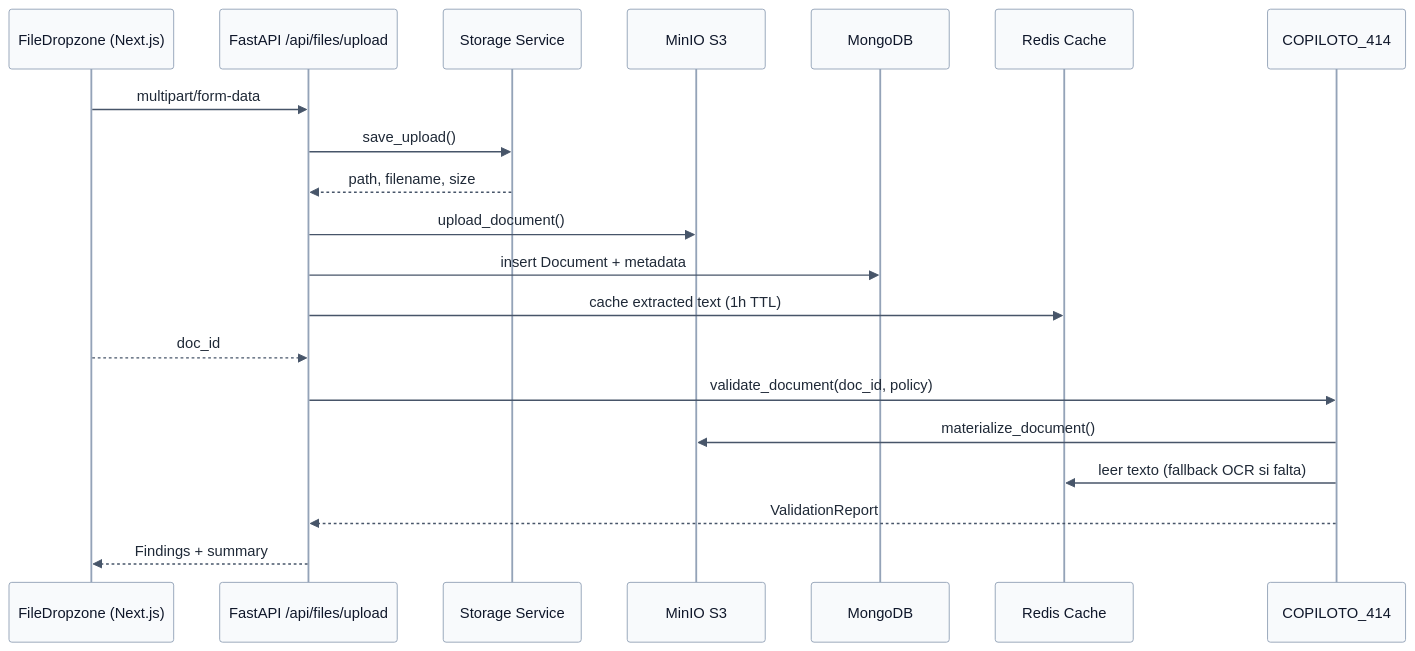
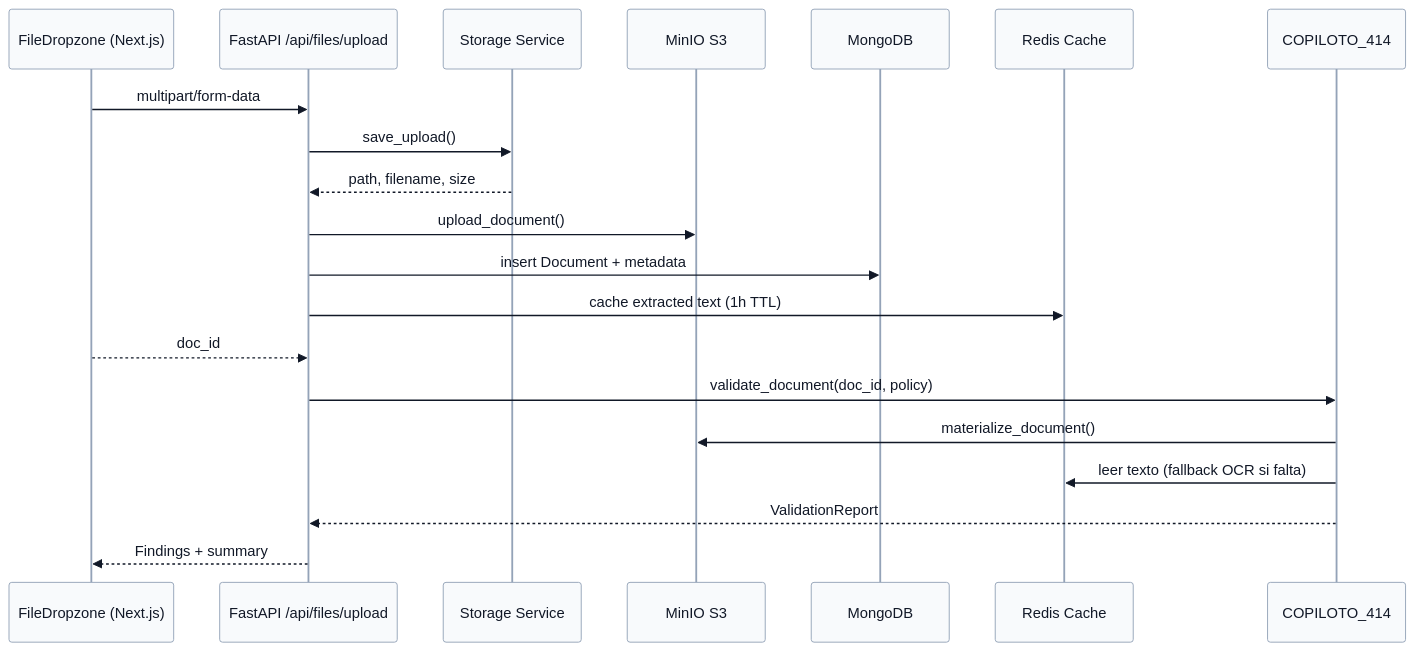
Before and after one commit to saptiva-ai/octavios-chat: the ninth of 11 diagrams in README.md, drawn with Mermaid. The commit also changed other lines of this file, not shown here.

````diff
--- a/README.md
+++ b/README.md
@@ -1052,24 +1052,24 @@
 ```mermaid
-%%{init: {'theme': 'base', 'themeVariables': {'actorBorder': '#94a3b8','actorBkg': '#f8fafc','actorTextColor': '#0f172a','signalColor': '#475569','signalTextColor': '#1f2937','activationBorderColor': '#cbd5e1','activationBkgColor': '#e2e8f0','sequenceNumberColor': '#0ea5e9'}}}%%
+%%{init: {'theme': 'base', 'themeVariables': {'actorBorder': '#94a3b8','actorBkg': '#f8fafc','actorTextColor': '#111827','signalColor': '#111827','signalTextColor': '#111827','activationBorderColor': '#cbd5e1','activationBkgColor': '#e2e8f0','sequenceNumberColor': '#0ea5e9'}}}%%
 sequenceDiagram
     participant Dropzone as FileDropzone (Next.js)
     participant API as FastAPI /api/files/upload
     participant Storage as Storage Service
     participant MinIO as MinIO S3
     participant Mongo as MongoDB
     participant Redis as Redis Cache
     participant Auditor as COPILOTO_414
 
     Dropzone->>API: multipart/form-data
     API->>Storage: save_upload()
     Storage-->>API: path, filename, size
     API->>MinIO: upload_document()
     API->>Mongo: insert Document + metadata
     API->>Redis: cache extracted text (1h TTL)
     Dropzone-->>API: doc_id
     API->>Auditor: validate_document(doc_id, policy)
     Auditor->>MinIO: materialize_document()
     Auditor->>Redis: leer texto (fallback OCR si falta)
     Auditor-->>API: ValidationReport
     API-->>Dropzone: Findings + summary
 ```
````
